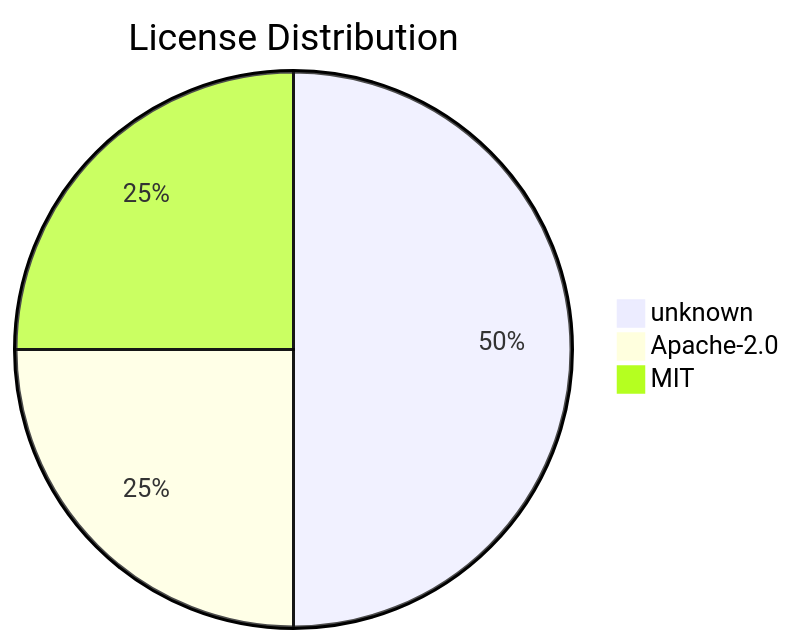
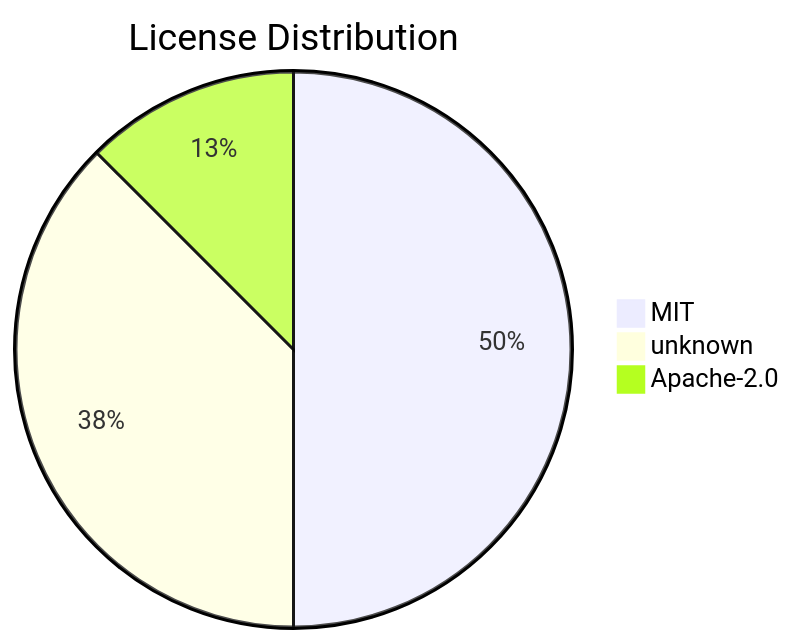
Before and after one commit to svenroth-ai/shipwright: the diagram in .shipwright/compliance/sbom.md, drawn with Mermaid. The commit also changed other lines of this file and 16 other files, not shown here.

````diff
--- a/.shipwright/compliance/sbom.md
+++ b/.shipwright/compliance/sbom.md
@@ -17,6 +17,6 @@
 ```mermaid
 pie title License Distribution
-    "unknown" : 4
-    "Apache-2.0" : 2
-    "MIT" : 2
+    "MIT" : 4
+    "unknown" : 3
+    "Apache-2.0" : 1
 ```
````
